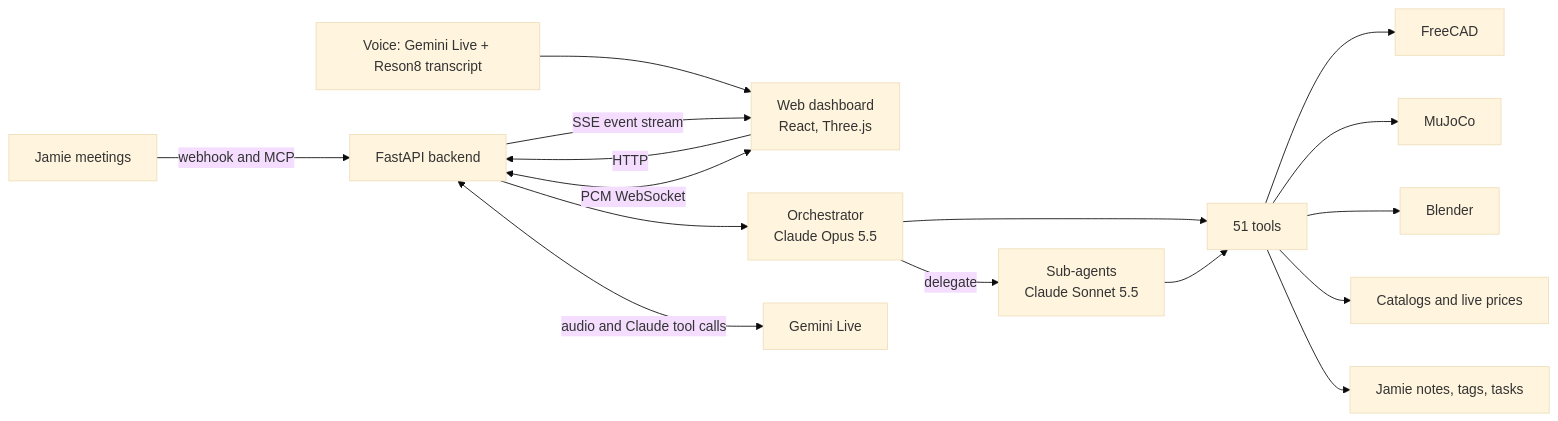
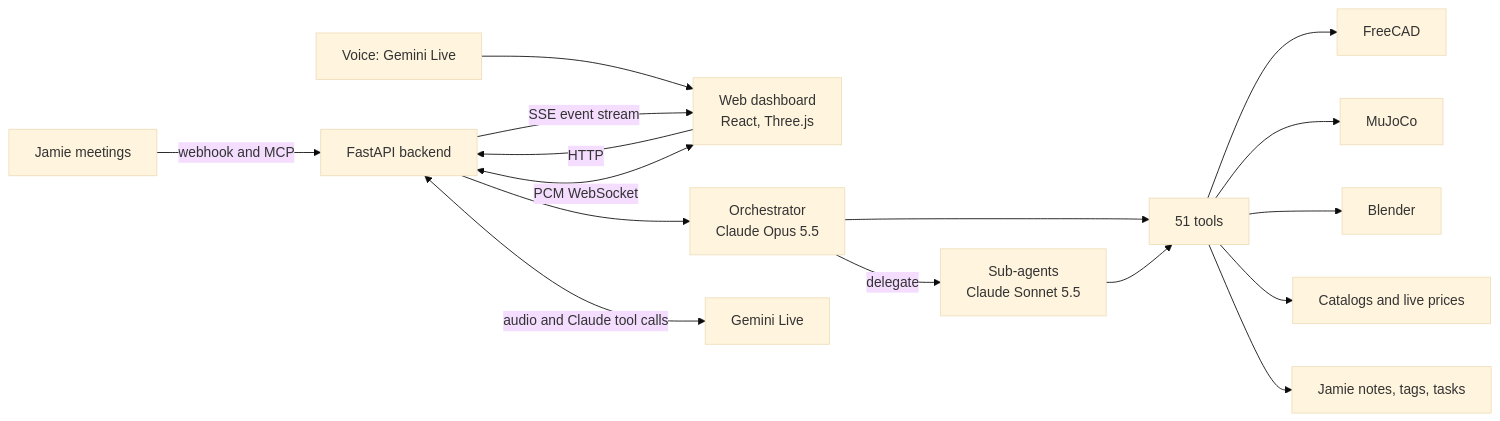
Before and after one commit to AnyBuildhackathon/bauplan: the diagram in README.md, drawn with Mermaid (base theme). The commit also changed other lines of this file and 16 other files, not shown here.

Commit message:
Voice agent is Gemini Live only: no Reson8 in parallel, Gemini transcribes the conversation

````diff
--- a/README.md
+++ b/README.md
@@ -43,18 +43,18 @@
 ```mermaid
 flowchart LR
     M[Jamie meetings] -->|webhook and MCP| B
-    V[Voice: Gemini Live + Reson8 transcript] --> W
+    V[Voice: Gemini Live] --> W
     W[Web dashboard<br/>React, Three.js] -->|HTTP| B[FastAPI backend]
     B -->|SSE event stream| W
     B --> O[Orchestrator<br/>Claude Opus 5.5]
     O -->|delegate| S[Sub-agents<br/>Claude Sonnet 5.5]
     O --> T[51 tools]
     S --> T
     T --> FC[FreeCAD]
     T --> MJ[MuJoCo]
     T --> BL[Blender]
     T --> PR[Catalogs and live prices]
     T --> J2[Jamie notes, tags, tasks]
     W <-->|PCM WebSocket| B
     B <-->|audio and Claude tool calls| G[Gemini Live]
 ```
````
